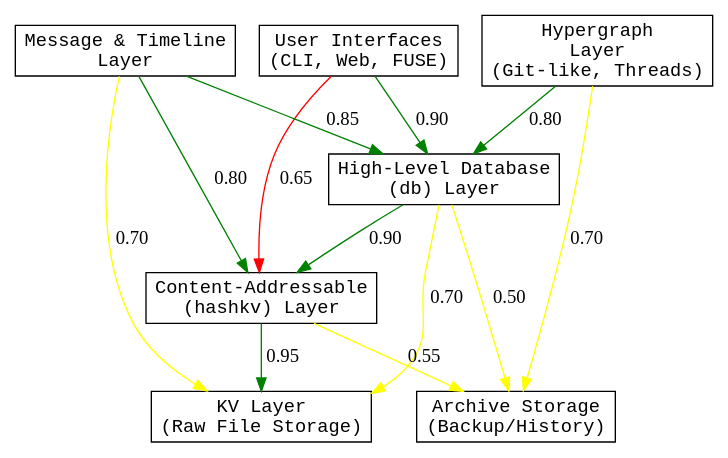
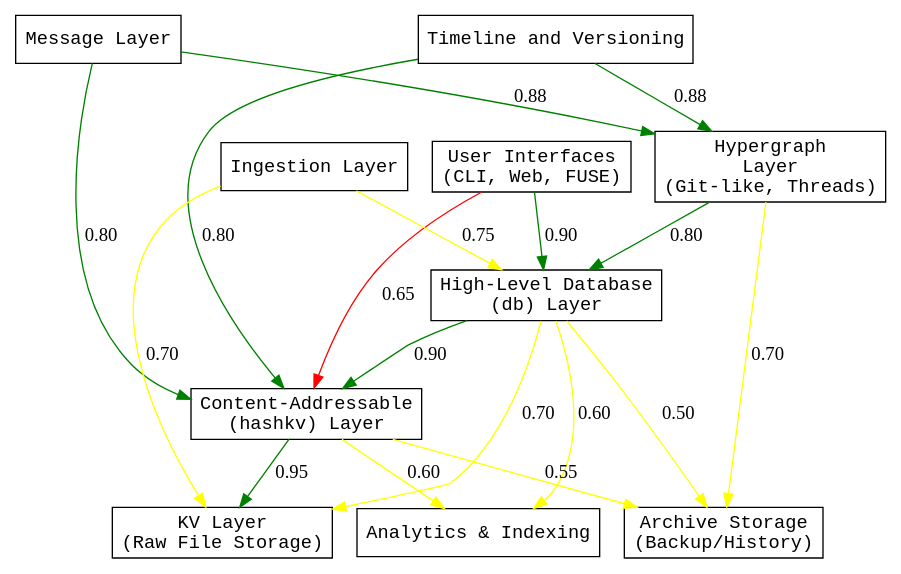
The diagram in x/layers.dot (stevegt/promisebase), drawn with Graphviz before and after one commit. The commit also changed 1 other file, not shown here.

```diff
--- a/x/layers.dot
+++ b/x/layers.dot
@@ -1,33 +1,42 @@
 digraph Layers {
   rankdir=TB;
   node [shape=box, style=filled, fillcolor=white,
   fontname="monospace"];
 
   UI [label="User Interfaces\n(CLI, Web, FUSE)"];
-  Msg [label="Message & Timeline\nLayer"];
+  Message [label="Message Layer"];
+  Timeline [label="Timeline and Versioning"];
+  Ingest [label="Ingestion Layer"];
   HGraph [label="Hypergraph\nLayer\n(Git-like, Threads)"];
   DB [label="High-Level Database\n(db) Layer"];
   HashKV [label="Content-Addressable\n(hashkv) Layer"];
   KV [label="KV Layer\n(Raw File Storage)"];
   Archive [label="Archive Storage\n(Backup/History)"];
+  Analytics [label="Analytics & Indexing"];
 
-  // Multiple roots: UI, Msg, and HGraph have no incoming edges.
+  // Multiple roots: UI, Message, Timeline, and
+  // Ingest have no incoming edges.
   UI -> DB [label="0.90", color="green"];
-  Msg -> DB [label="0.85", color="green"];
+  Message -> HGraph [label="0.88", color="green"];
+  Timeline -> HGraph [label="0.88", color="green"];
+  Ingest -> DB [label="0.75", color="yellow"];
   HGraph -> DB [label="0.80", color="green"];
 
   // Alternative connections from roots.
   UI -> HashKV [label="0.65", color="red"];
-  Msg -> HashKV [label="0.80", color="green"];
-  Msg -> KV [label="0.70", color="yellow"];
+  Message -> HashKV [label="0.80", color="green"];
+  Timeline -> HashKV [label="0.80", color="green"];
+  Ingest -> KV [label="0.70", color="yellow"];
   HGraph -> Archive [label="0.70", color="yellow"];
 
   // Primary flow from DB downwards.
   DB -> HashKV [label="0.90", color="green"];
   DB -> KV [label="0.70", color="yellow"];
   DB -> Archive [label="0.50", color="yellow"];
+  DB -> Analytics [label="0.60", color="yellow"];
 
   // From HashKV to storage backends.
   HashKV -> KV [label="0.95", color="green"];
   HashKV -> Archive [label="0.55", color="yellow"];
+  HashKV -> Analytics [label="0.60", color="yellow"];
 }
```
